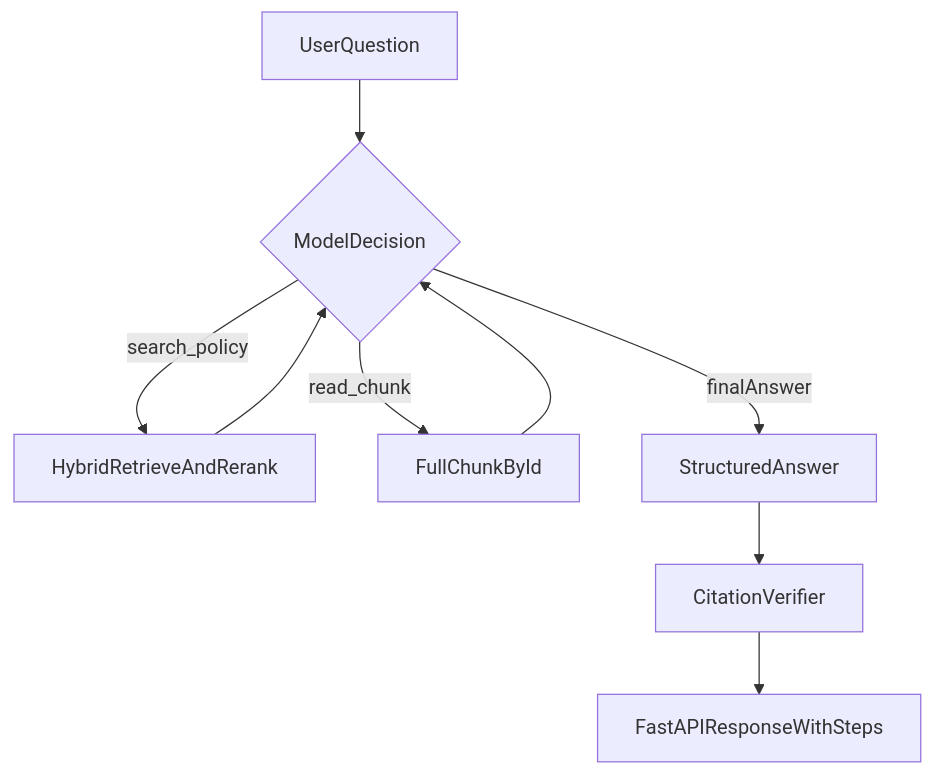
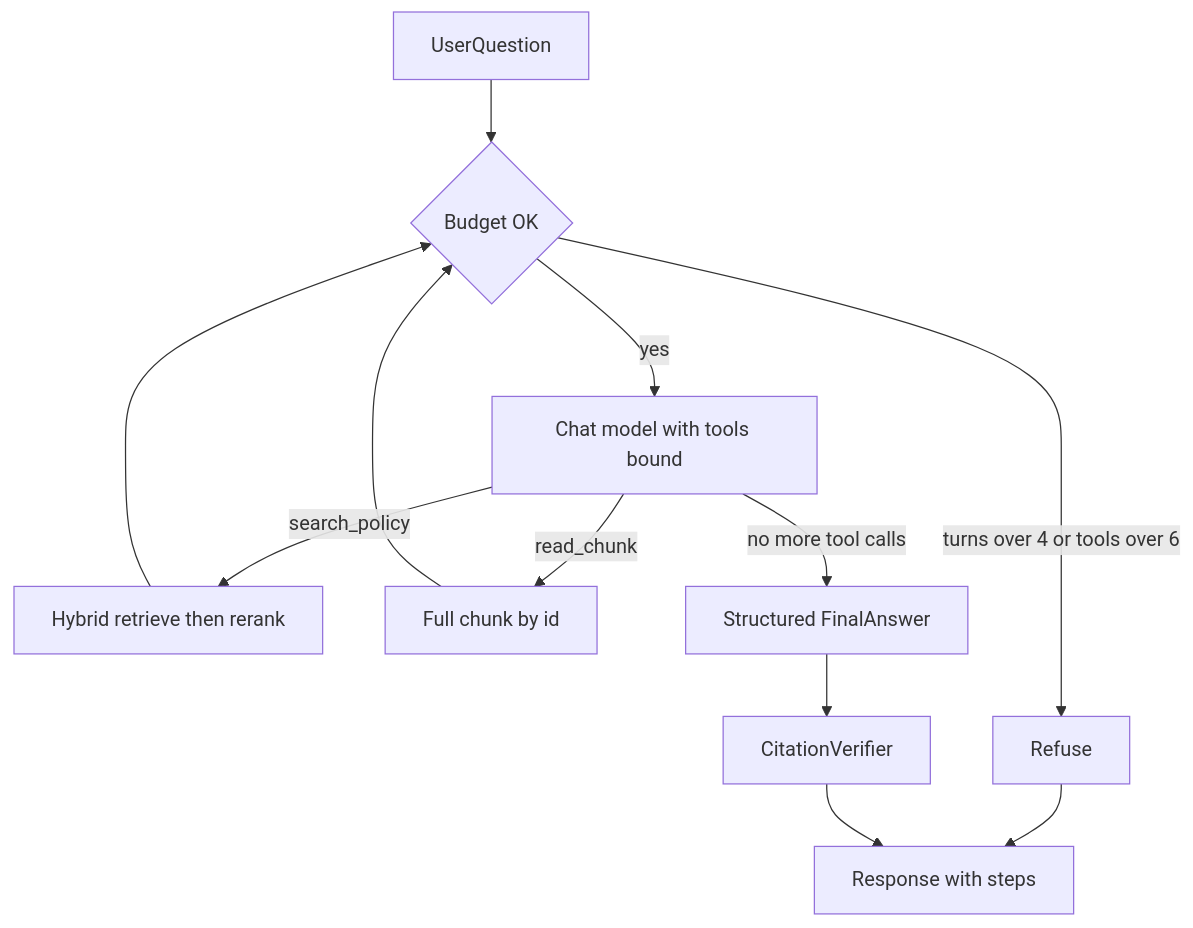
Before and after one commit to SamLookingGlass/carepolicy-rag-project: the second of 3 diagrams in README.md, drawn with Mermaid. The commit also changed other lines of this file, not shown here.

Commit message:
Readme.md updated with latest mermaid diagrams, agentic workflow steps, and architechture

````diff
--- a/README.md
+++ b/README.md
@@ -60,11 +79,14 @@
 ```mermaid
 flowchart TD
-    Q[UserQuestion] --> Decide{ModelDecision}
-    Decide -->|search_policy| Search[HybridRetrieveAndRerank]
-    Decide -->|read_chunk| Read[FullChunkById]
-    Search --> Decide
-    Read --> Decide
-    Decide -->|finalAnswer| Struct[StructuredAnswer]
+    Q[UserQuestion] --> Loop{Budget OK}
+    Loop -->|turns over 4 or tools over 6| Refuse[Refuse]
+    Loop -->|yes| Decide[Chat model with tools bound]
+    Decide -->|search_policy| Search[Hybrid retrieve then rerank]
+    Search --> Loop
+    Decide -->|read_chunk| Read[Full chunk by id]
+    Read --> Loop
+    Decide -->|no more tool calls| Struct[Structured FinalAnswer]
     Struct --> Verify[CitationVerifier]
-    Verify --> API[FastAPIResponseWithSteps]
+    Refuse --> API[Response with steps]
+    Verify --> API
 ```
````
